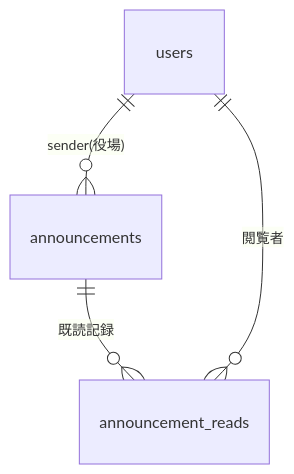
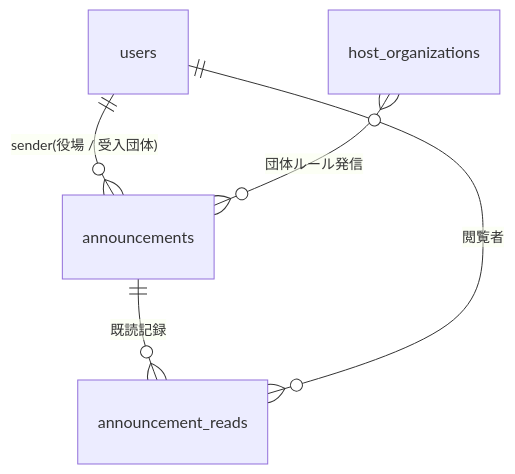
Before and after one commit to masa-dev-2000/kyoryokutai_support: the seventh of 11 diagrams in docs/22_v5_data_model.md, drawn with Mermaid. The commit also changed other lines of this file and 3 other files, not shown here.

````diff
--- a/docs/22_v5_data_model.md
+++ b/docs/22_v5_data_model.md
@@ -163,6 +179,7 @@
 ```mermaid
 erDiagram
-  users ||--o{ announcements : "sender(役場)"
+  users ||--o{ announcements : "sender(役場 / 受入団体)"
   announcements ||--o{ announcement_reads : "既読記録"
   users ||--o{ announcement_reads : "閲覧者"
+  host_organizations }o--o{ announcements : "団体ルール発信"
 ```
````
